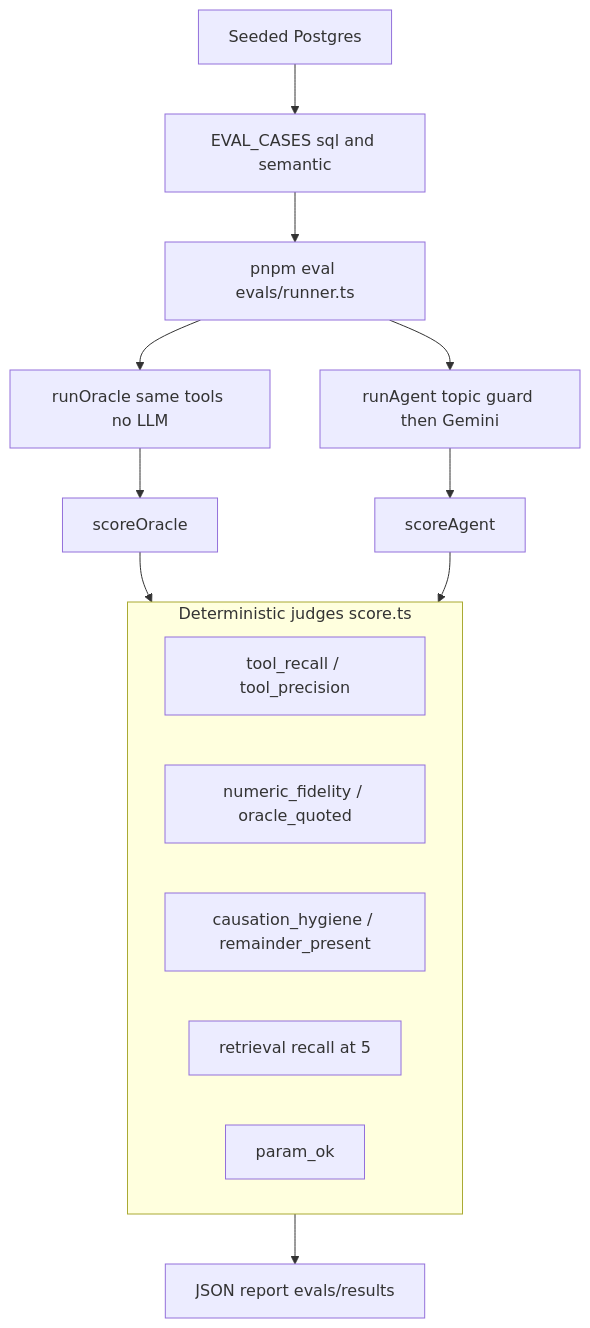
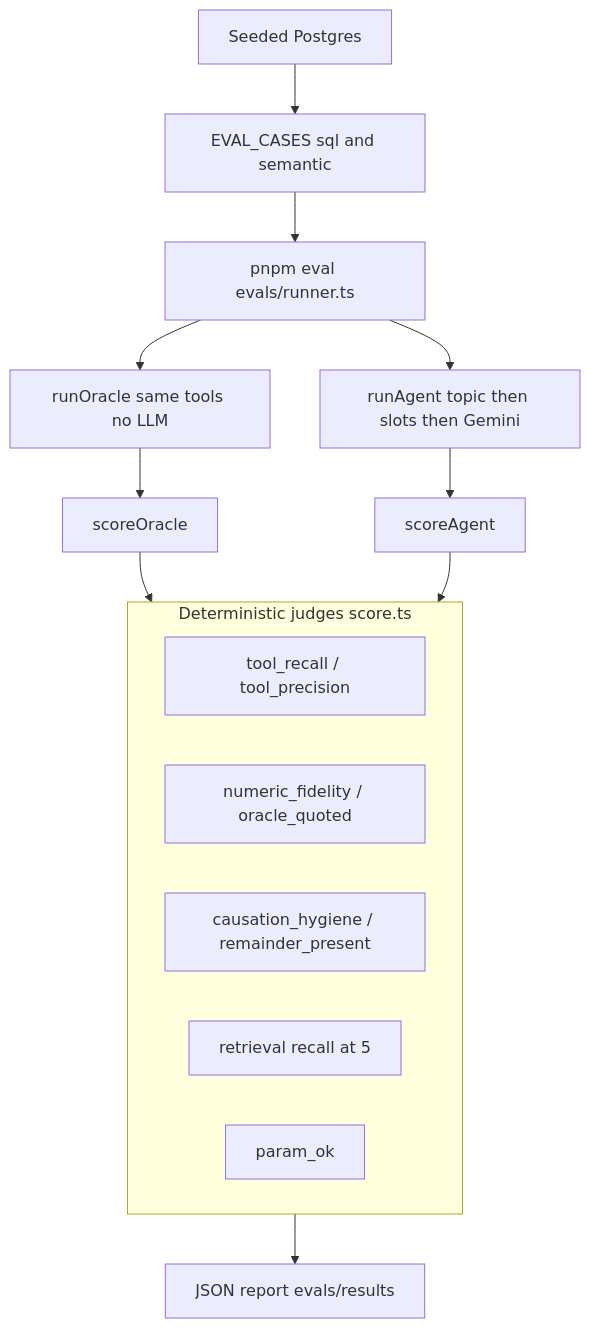
Before and after one commit to amit-lekhak/sales-diagnostics-agent: the second of 3 diagrams in diagrams/ARCHITECTURE.md, drawn with Mermaid. The commit also changed other lines of this file and 5 other files, not shown here.

````diff
--- a/diagrams/ARCHITECTURE.md
+++ b/diagrams/ARCHITECTURE.md
@@ -70,29 +80,29 @@
 ```mermaid
 flowchart TD
   Seed[Seeded Postgres]
   Cases[EVAL_CASES sql and semantic]
   Runner["pnpm eval evals/runner.ts"]
   Oracle[runOracle same tools no LLM]
-  Agent["runAgent topic guard then Gemini"]
+  Agent["runAgent topic then slots then Gemini"]
   ScoreO[scoreOracle]
   ScoreA[scoreAgent]
 
   Seed --> Cases
   Cases --> Runner
   Runner --> Oracle
   Runner --> Agent
   Oracle --> ScoreO
   Agent --> ScoreA
 
   subgraph judges [Deterministic judges score.ts]
     TR[tool_recall / tool_precision]
     NF[numeric_fidelity / oracle_quoted]
     CH[causation_hygiene / remainder_present]
     RR[retrieval recall at 5]
     PO[param_ok]
   end
 
   ScoreO --> judges
   ScoreA --> judges
   judges --> Report["JSON report evals/results"]
 ```
````
